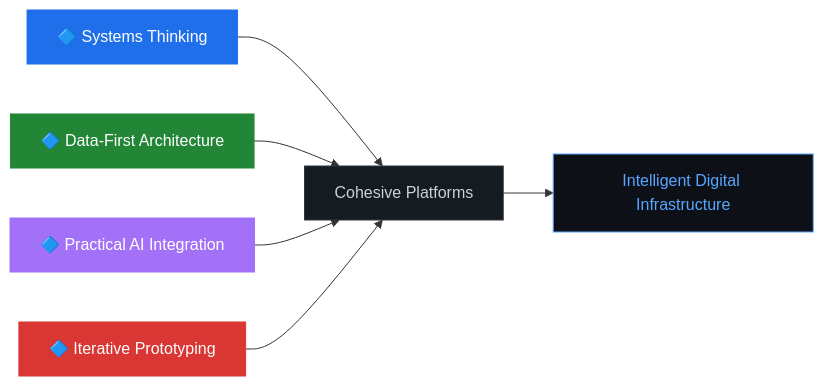
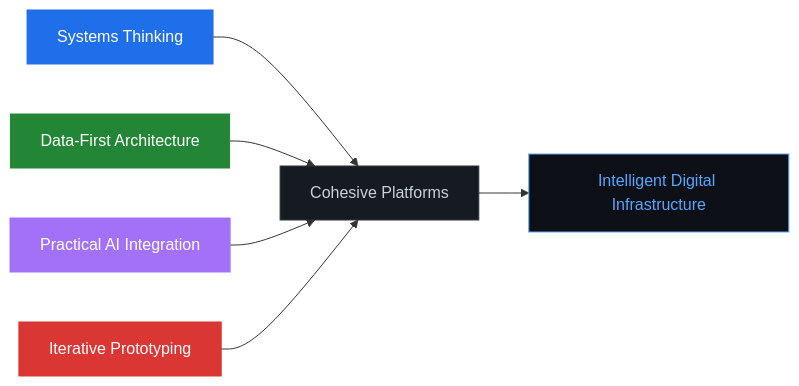
Before and after one commit to techy-zai-fi/techy-zai-fi: the first of 2 diagrams in README.md, drawn with Mermaid. The commit also changed other lines of this file, not shown here.

````diff
--- a/README.md
+++ b/README.md
@@ -76,15 +79,15 @@
 ```mermaid
 graph LR
-    A["🔷 Systems Thinking"] --> E["Cohesive Platforms"]
-    B["🔷 Data-First Architecture"] --> E
-    C["🔷 Practical AI Integration"] --> E
-    D["🔷 Iterative Prototyping"] --> E
-    E --> F["Intelligent Digital Infrastructure"]
+    A[Systems Thinking] --> E[Cohesive Platforms]
+    B[Data-First Architecture] --> E
+    C[Practical AI Integration] --> E
+    D[Iterative Prototyping] --> E
+    E --> F[Intelligent Digital Infrastructure]
 
     style A fill:#1f6feb,stroke:#1f6feb,color:#fff
     style B fill:#238636,stroke:#238636,color:#fff
     style C fill:#a371f7,stroke:#a371f7,color:#fff
     style D fill:#da3633,stroke:#da3633,color:#fff
     style E fill:#161b22,stroke:#30363d,color:#c9d1d9
     style F fill:#0d1117,stroke:#58a6ff,color:#58a6ff
 ```
````
